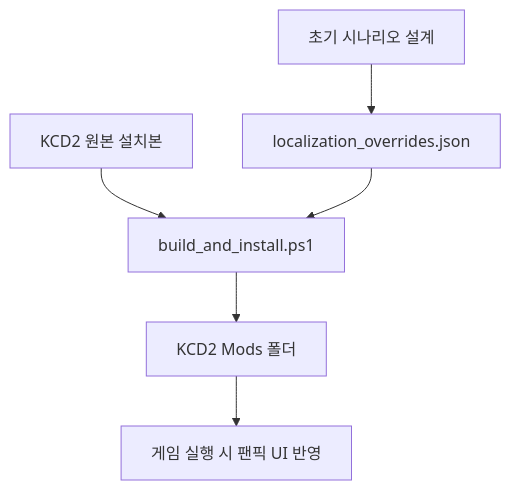
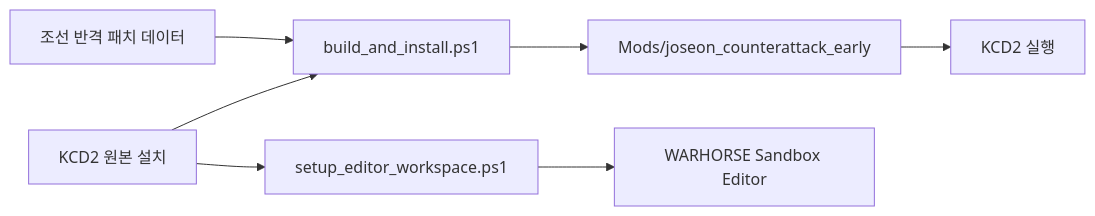
Before and after one commit to sinmb79/kcd2-joseon-counterattack-mod: the diagram in imjin-war-joseon-counterattack-story-lab/README.md, drawn with Mermaid. The commit also changed other lines of this file and 10 other files, not shown here.

Commit message:
Add KCD2 editor toolchain setup

````diff
--- a/imjin-war-joseon-counterattack-story-lab/README.md
+++ b/imjin-war-joseon-counterattack-story-lab/README.md
@@ -55,8 +53,9 @@
 ```mermaid
-flowchart TD
-  A["KCD2 원본 설치본"] --> B["build_and_install.ps1"]
-  C["localization_overrides.json"] --> B
-  D["초기 시나리오 설계"] --> C
-  B --> E["KCD2 Mods 폴더"]
-  E --> F["게임 실행 시 팬픽 UI 반영"]
+flowchart LR
+  A["KCD2 원본 설치"] --> B["build_and_install.ps1"]
+  C["조선 반격 패치 데이터"] --> B
+  B --> D["Mods/joseon_counterattack_early"]
+  D --> E["KCD2 실행"]
+  A --> F["setup_editor_workspace.ps1"]
+  F --> G["WARHORSE Sandbox Editor"]
 ```
````
